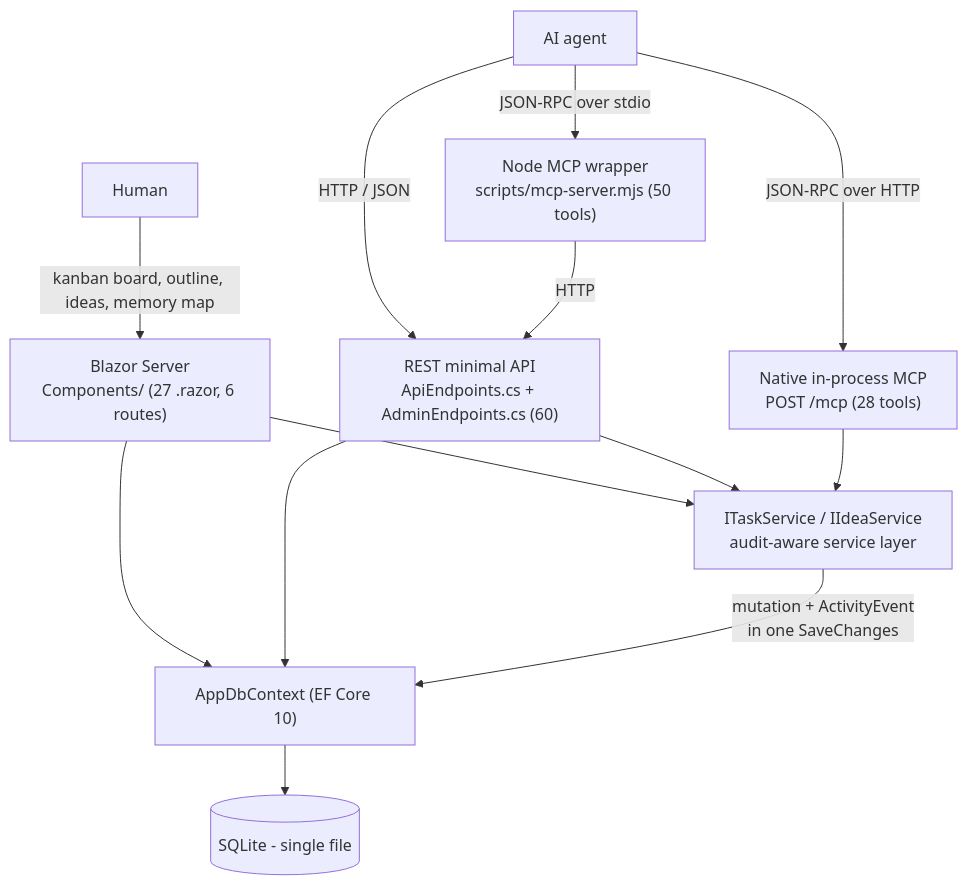
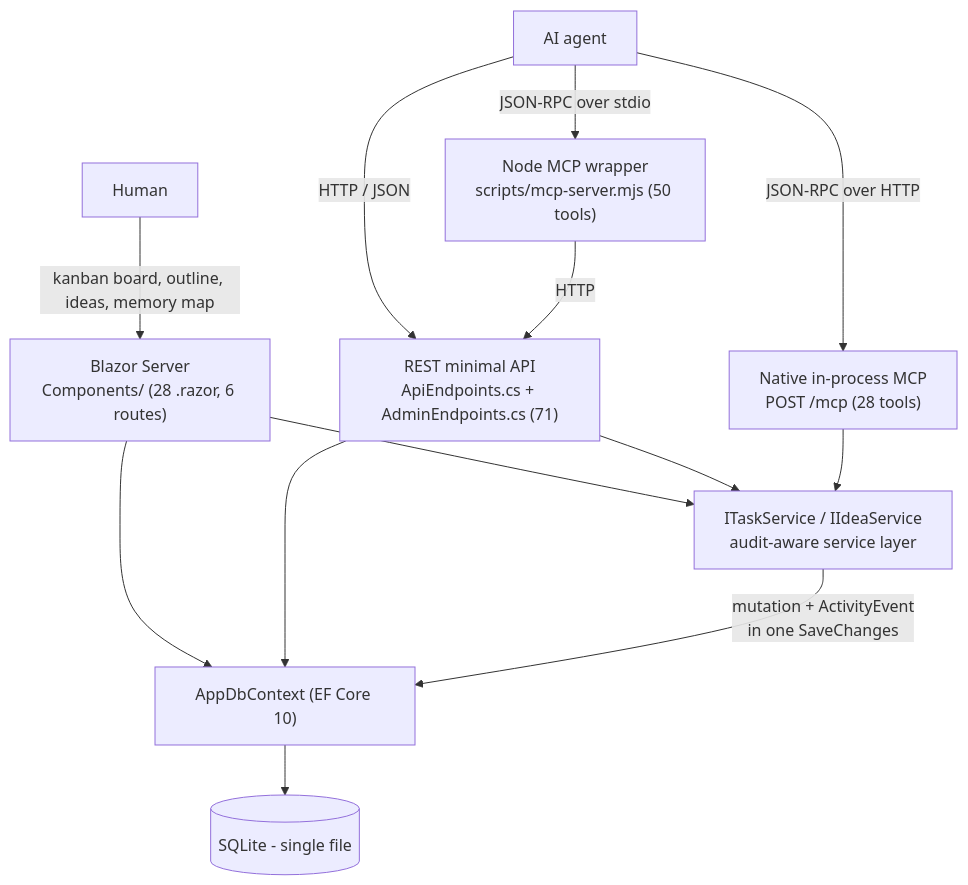
One commit to joelfuller2016/KanbanFlow-v2 changed the first of 3 diagrams in docs/ARCHITECTURE.md. Above: the diagram before and after it, drawn with Mermaid. The commit also changed other lines of this file and 36 other files, not shown here.

````diff
--- a/docs/ARCHITECTURE.md
+++ b/docs/ARCHITECTURE.md
@@ -35,17 +35,17 @@
 ```mermaid
 flowchart TD
-    H["Human"] -->|"kanban board, outline, ideas, memory map"| UI["Blazor Server<br/>Components/ (27 .razor, 6 routes)"]
+    H["Human"] -->|"kanban board, outline, ideas, memory map"| UI["Blazor Server<br/>Components/ (28 .razor, 6 routes)"]
     A["AI agent"] -->|"JSON-RPC over stdio"| NODE["Node MCP wrapper<br/>scripts/mcp-server.mjs (50 tools)"]
     A -->|"JSON-RPC over HTTP"| NATIVE["Native in-process MCP<br/>POST /mcp (28 tools)"]
-    A -->|"HTTP / JSON"| REST["REST minimal API<br/>ApiEndpoints.cs + AdminEndpoints.cs (60)"]
+    A -->|"HTTP / JSON"| REST["REST minimal API<br/>ApiEndpoints.cs + AdminEndpoints.cs (71)"]
     NODE -->|"HTTP"| REST
 
     UI --> EF
     UI --> SVC
     REST --> EF
     REST --> SVC
     NATIVE --> SVC["ITaskService / IIdeaService<br/>audit-aware service layer"]
 
     SVC -->|"mutation + ActivityEvent<br/>in one SaveChanges"| EF["AppDbContext (EF Core 10)"]
     EF --> SQLITE[("SQLite - single file")]
 ```
````
